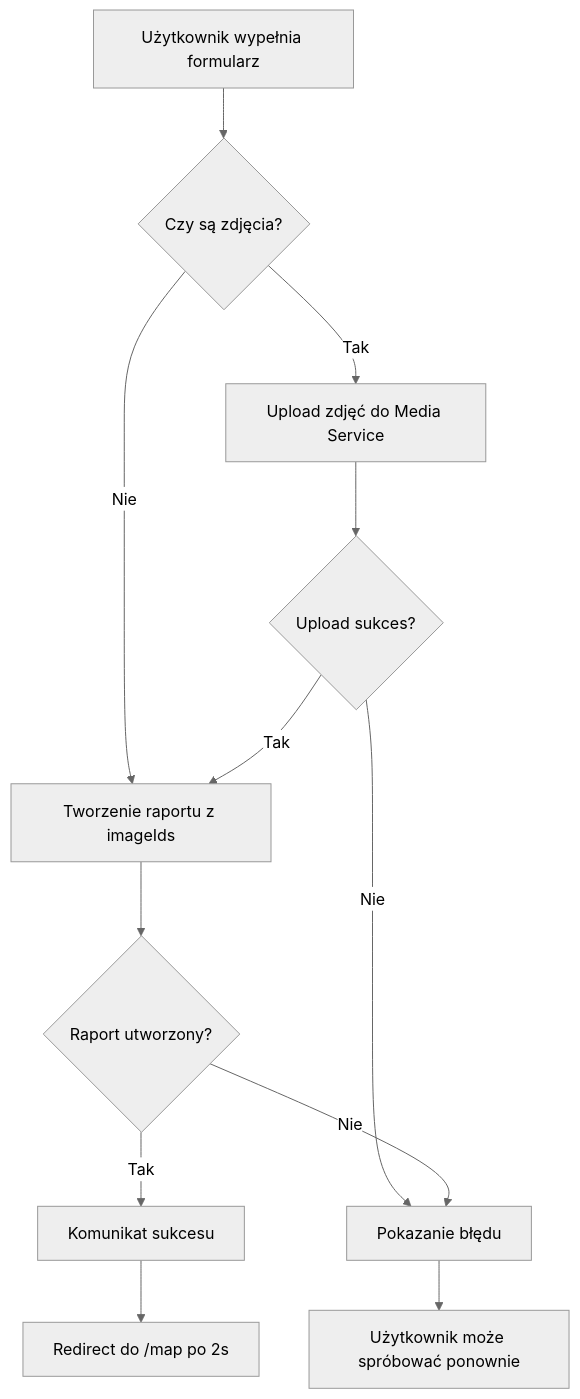
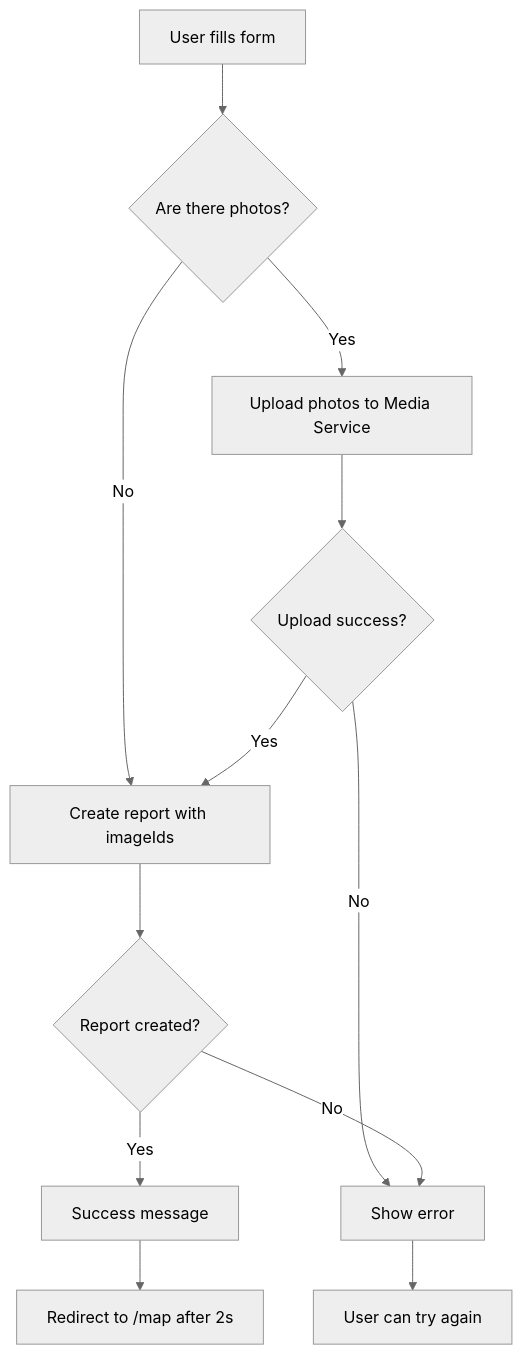
The diagram in docs/docs/frontend/index.md (risk-radar-project/risk-radar), drawn with Mermaid (neutral theme) before and after one commit. The commit also changed other lines of this file and 17 other files, not shown here.

````diff
--- a/docs/docs/frontend/index.md
+++ b/docs/docs/frontend/index.md
@@ -134,14 +135,14 @@
 ```mermaid
 graph TD
-    A[Użytkownik wypełnia formularz] --> B{Czy są zdjęcia?}
-    B -->|Tak| C[Upload zdjęć do Media Service]
-    B -->|Nie| E[Tworzenie raportu]
-    C --> D{Upload sukces?}
-    D -->|Tak| E[Tworzenie raportu z imageIds]
-    D -->|Nie| F[Pokazanie błędu]
-    E --> G{Raport utworzony?}
-    G -->|Tak| H[Komunikat sukcesu]
-    G -->|Nie| F
-    H --> I[Redirect do /map po 2s]
-    F --> J[Użytkownik może spróbować ponownie]
+    A[User fills form] --> B{Are there photos?}
+    B -->|Yes| C[Upload photos to Media Service]
+    B -->|No| E[Create report]
+    C --> D{Upload success?}
+    D -->|Yes| E[Create report with imageIds]
+    D -->|No| F[Show error]
+    E --> G{Report created?}
+    G -->|Yes| H[Success message]
+    G -->|No| F
+    H --> I[Redirect to /map after 2s]
+    F --> J[User can try again]
 ```
````
